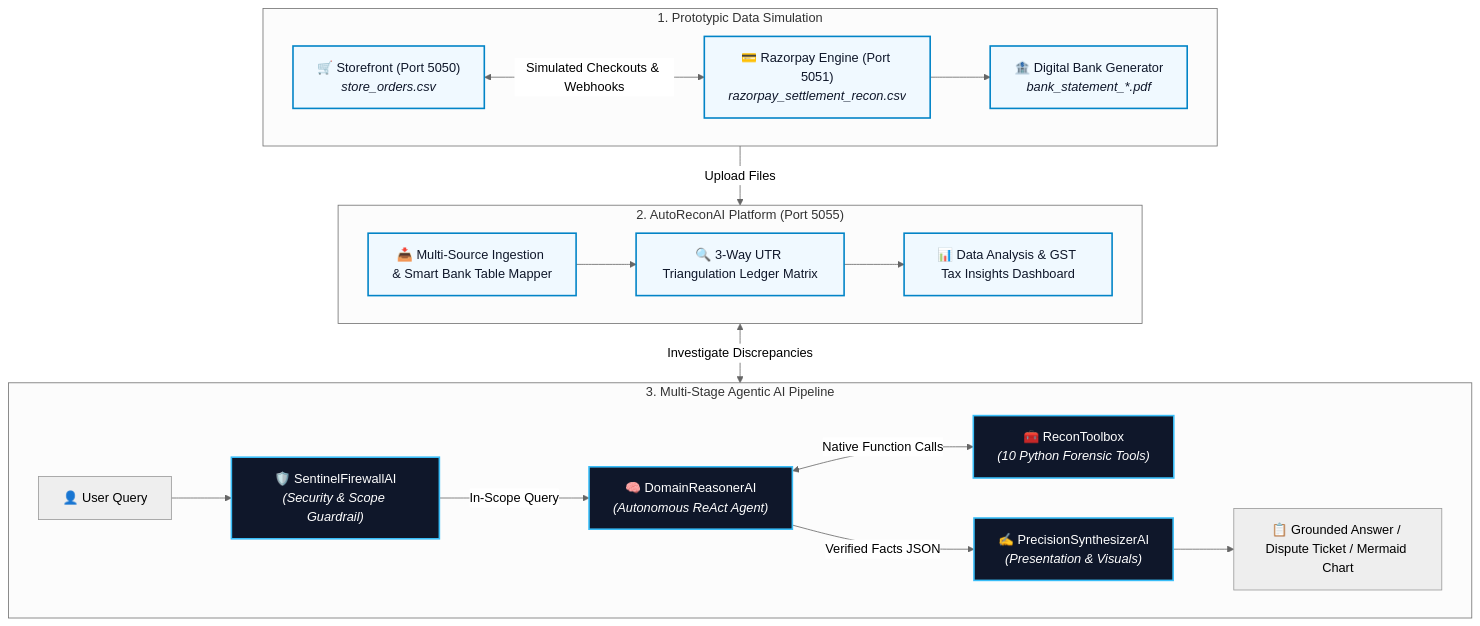
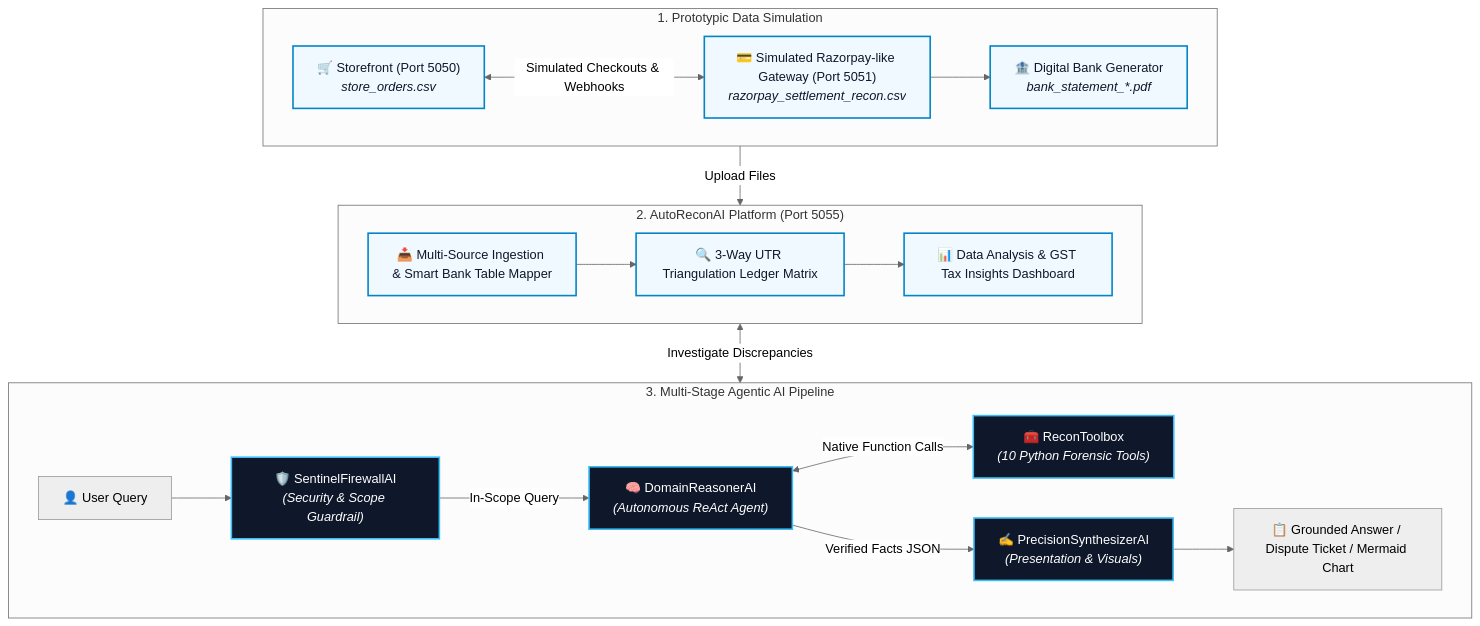
Before and after one commit to Venukumar975/AutoReconAI: the diagram in QUICKSTART.md, drawn with Mermaid (neutral theme). The commit also changed other lines of this file and 7 other files, not shown here.

````diff
--- a/QUICKSTART.md
+++ b/QUICKSTART.md
@@ -174,33 +40,33 @@
 ```mermaid
 flowchart TD
     subgraph Data_Generation["1. Prototypic Data Simulation"]
         Store["🛒 Storefront (Port 5050)<br/><i>store_orders.csv</i>"]
-        Gateway["💳 Razorpay Engine (Port 5051)<br/><i>razorpay_settlement_recon.csv</i>"]
+        Gateway["💳 Simulated Razorpay-like Gateway (Port 5051)<br/><i>razorpay_settlement_recon.csv</i>"]
         Bank["🏦 Digital Bank Generator<br/><i>bank_statement_*.pdf</i>"]
         Store <-->|"Simulated Checkouts & Webhooks"| Gateway
         Gateway --> Bank
     end
 
     subgraph Recon_Hub["2. AutoReconAI Platform (Port 5055)"]
         Ingestion["📥 Multi-Source Ingestion & Smart Bank Table Mapper"]
         Matrix["🔍 3-Way UTR Triangulation Ledger Matrix"]
         Dashboard["📊 Data Analysis & GST Tax Insights Dashboard"]
         Ingestion --> Matrix --> Dashboard
     end
 
     subgraph AI_Pipeline["3. Multi-Stage Agentic AI Pipeline"]
         User["👤 User Query"] --> Firewall["🛡️ SentinelFirewallAI<br/><i>(Security & Scope Guardrail)</i>"]
         Firewall -->|"In-Scope Query"| Reasoner["🧠 DomainReasonerAI<br/><i>(Autonomous ReAct Agent)</i>"]
         Reasoner <-->|"Native Function Calls"| Tools["🧰 ReconToolbox<br/><i>(10 Python Forensic Tools)</i>"]
         Reasoner -->|"Verified Facts JSON"| Synthesizer["✍️ PrecisionSynthesizerAI<br/><i>(Presentation & Visuals)</i>"]
         Synthesizer --> Answer["📋 Grounded Answer / Dispute Ticket / Mermaid Chart"]
     end
 
     Data_Generation -->|"Upload Files"| Recon_Hub
     Recon_Hub <-->|"Investigate Discrepancies"| AI_Pipeline
 
     classDef blueBox fill:#f0f9ff,stroke:#0284c7,stroke-width:2px,color:#0f172a;
     classDef darkBox fill:#0f172a,stroke:#38bdf8,stroke-width:2px,color:#ffffff;
     class Store,Gateway,Bank,Ingestion,Matrix,Dashboard blueBox;
     class Firewall,Reasoner,Synthesizer,Tools darkBox;
 ```
````
